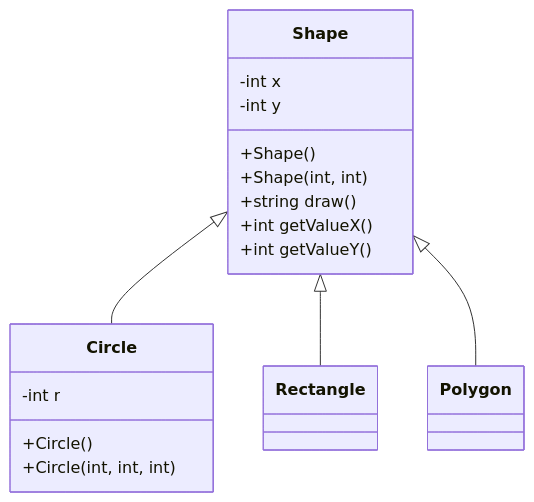
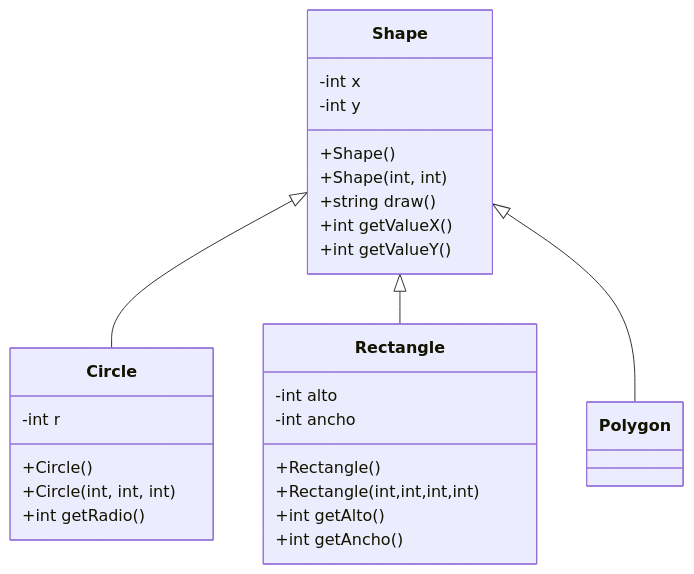
One commit to PedroMorenoTec/TC1030.cpp.herencia changed the first of 2 diagrams in assignments/01-ShapeCircleRectanglePolygon/README.md. Above: the diagram before and after it, drawn with Mermaid. The commit also changed 4 other files, not shown here.

````diff
--- a/assignments/01-ShapeCircleRectanglePolygon/README.md
+++ b/assignments/01-ShapeCircleRectanglePolygon/README.md
@@ -5,24 +5,31 @@
 ```mermaid
 classDiagram
       Shape <|-- Circle
       Shape <|-- Rectangle
       Shape <|-- Polygon
       Shape:-int x
       Shape:-int y
       Shape:+Shape()
       Shape:+Shape(int, int)
       Shape:+string draw()
       Shape:+int getValueX()
       Shape:+int getValueY()
       class Circle {
         -int r
         +Circle()
         +Circle(int, int, int)
+        +int getRadio()
       }
-      class Rectangle {        
+      class Rectangle {  
+        -int alto 
+        -int ancho
+        +Rectangle() 
+        +Rectangle(int,int,int,int)
+        +int getAlto() 
+        +int getAncho() 
       }
       class Polygon {
       }
         
 
 ```
````
